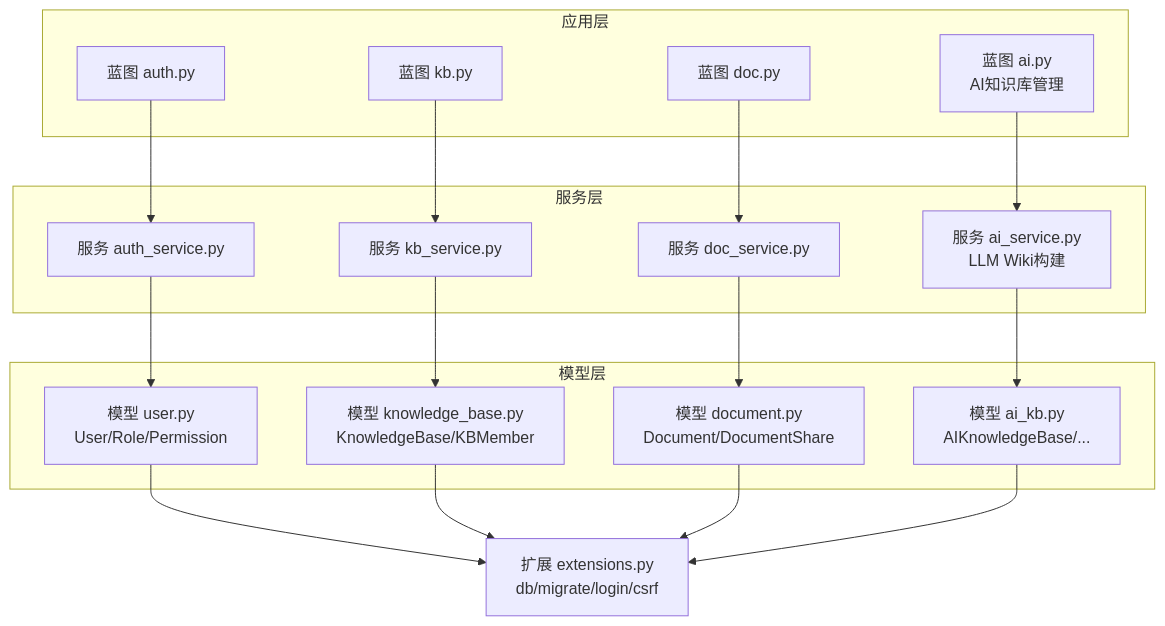
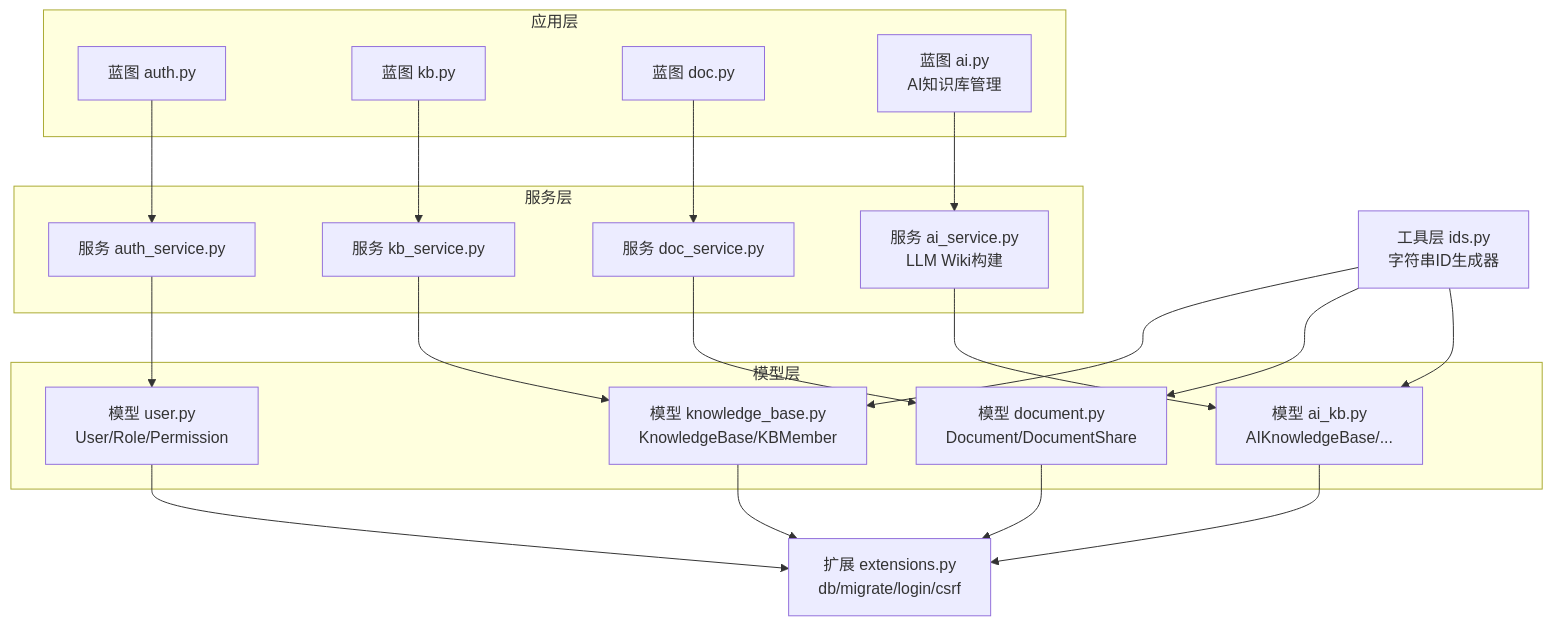
Before and after one commit to beyondalbert/my_wiki: the first of 7 diagrams in .qoder/repowiki/zh/content/架构设计/数据持久化架构/核心数据模型/核心数据模型.md, drawn with Mermaid. The commit also changed other lines of this file and 21 other files, not shown here.

````diff
--- a/.qoder/repowiki/zh/content/架构设计/数据持久化架构/核心数据模型/核心数据模型.md
+++ b/.qoder/repowiki/zh/content/架构设计/数据持久化架构/核心数据模型/核心数据模型.md
@@ -48,34 +58,38 @@
 ```mermaid
 graph TB
 subgraph "应用层"
 BP_AUTH["蓝图 auth.py"]
 BP_KB["蓝图 kb.py"]
 BP_DOC["蓝图 doc.py"]
 BP_AI["蓝图 ai.py<br/>AI知识库管理"]
 end
 subgraph "服务层"
 S_AUTH["服务 auth_service.py"]
 S_KB["服务 kb_service.py"]
 S_DOC["服务 doc_service.py"]
 S_AI["服务 ai_service.py<br/>LLM Wiki构建"]
 end
 subgraph "模型层"
 M_USER["模型 user.py<br/>User/Role/Permission"]
 M_KB["模型 knowledge_base.py<br/>KnowledgeBase/KBMember"]
 M_DOC["模型 document.py<br/>Document/DocumentShare"]
 M_AIKB["模型 ai_kb.py<br/>AIKnowledgeBase/..."]
 end
+UTILS["工具层 ids.py<br/>字符串ID生成器"]
 EXT["扩展 extensions.py<br/>db/migrate/login/csrf"]
 BP_AUTH --> S_AUTH
 BP_KB --> S_KB
 BP_DOC --> S_DOC
 BP_AI --> S_AI
 S_AUTH --> M_USER
 S_KB --> M_KB
 S_DOC --> M_DOC
 S_AI --> M_AIKB
 M_USER --> EXT
 M_KB --> EXT
 M_DOC --> EXT
 M_AIKB --> EXT
+UTILS --> M_KB
+UTILS --> M_DOC
+UTILS --> M_AIKB
 ```
````
